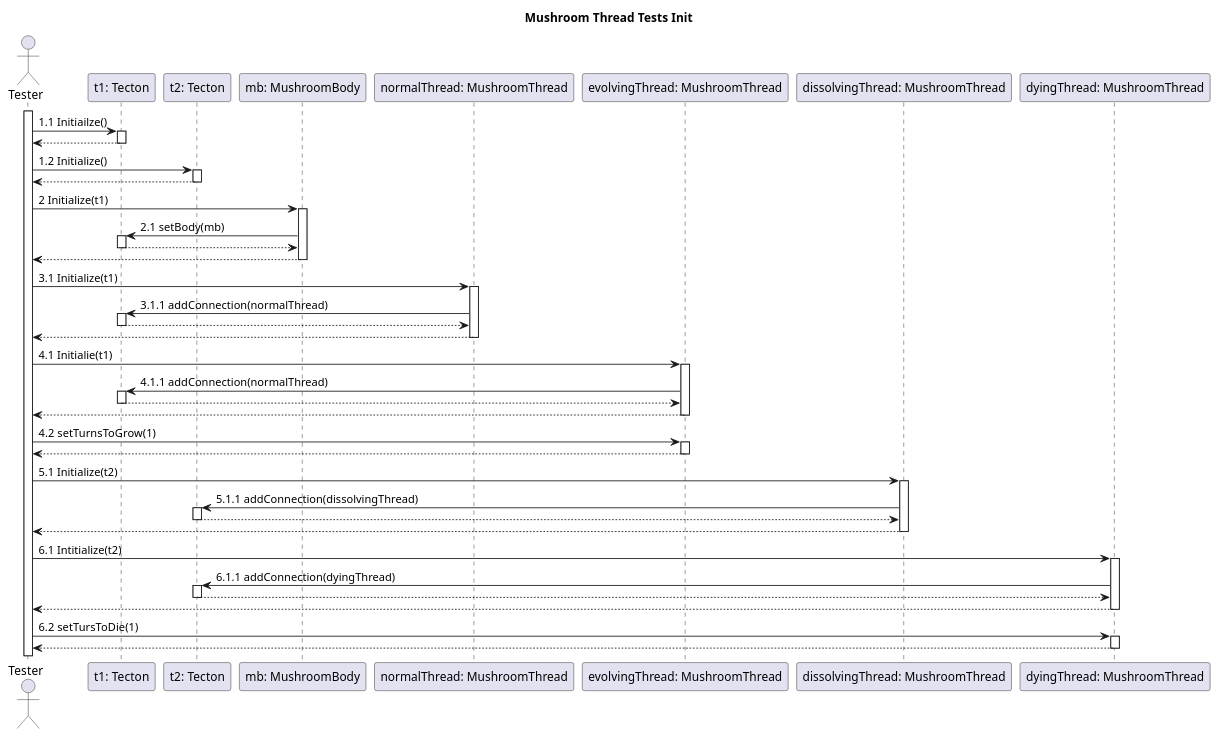
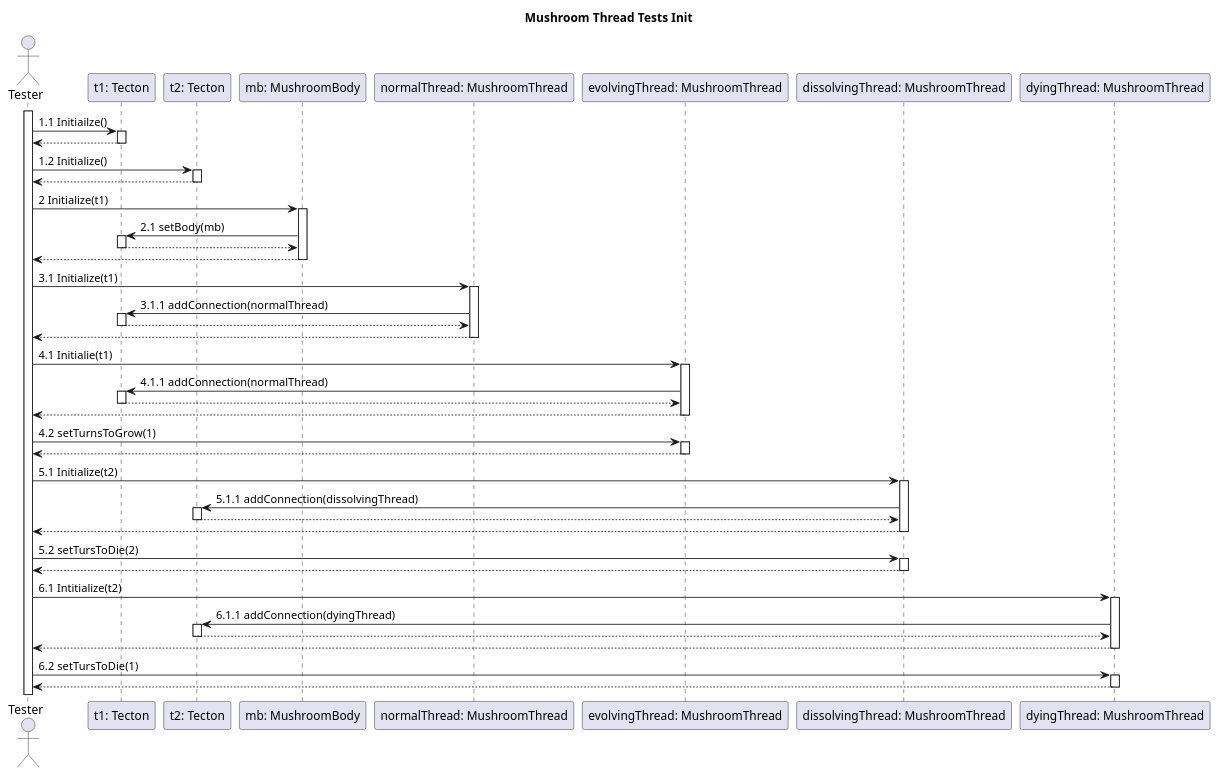
Before and after one commit to dzsem/projlab: the diagram in diagrams/test-sequence/mushroom/communication-diagrams/mushroomThreadTestsInit.wsd, drawn with PlantUML. The commit also changed 1 other file, not shown here.

```diff
--- a/diagrams/test-sequence/mushroom/communication-diagrams/mushroomThreadTestsInit.wsd
+++ b/diagrams/test-sequence/mushroom/communication-diagrams/mushroomThreadTestsInit.wsd
@@ -1,87 +1,92 @@
 @startuml MushroomThread Init
 
 title Mushroom Thread Tests Init
 
 actor "Tester" as tester
 
 participant "t1: Tecton" as t1
 participant "t2: Tecton" as t2
 
 participant "mb: MushroomBody" as mb
 
 participant "normalThread: MushroomThread" as nmt
 participant "evolvingThread: MushroomThread" as emt
 participant "dissolvingThread: MushroomThread" as dimt
 participant "dyingThread: MushroomThread" as dymt
 
 'Initializing tectons
 activate tester
 tester -> t1: 1.1 Initiailze()
 activate t1
 t1 --> tester
 deactivate t1
 
 tester -> t2: 1.2 Initialize()
 activate t2
 t2 --> tester
 deactivate t2
 
 
 'Initializing mushroombody
 tester -> mb: 2 Initialize(t1)
 activate mb
 mb -> t1: 2.1 setBody(mb)
 activate t1
 t1 --> mb
 deactivate t1
 mb --> tester
 deactivate mb
 
 'Initializing threads
 tester -> nmt: 3.1 Initialize(t1)
 activate nmt
 nmt -> t1: 3.1.1 addConnection(normalThread)
 activate t1
 t1 --> nmt
 deactivate t1
 nmt --> tester
 deactivate nmt
 
 tester -> emt: 4.1 Initialie(t1)
 activate emt
 emt -> t1: 4.1.1 addConnection(normalThread)
 activate t1
 t1 --> emt
 deactivate t1
 emt --> tester
 deactivate emt
 
 tester -> emt: 4.2 setTurnsToGrow(1)
 activate emt
 emt --> tester
 deactivate emt
 
 tester -> dimt: 5.1 Initialize(t2)
 activate dimt
 dimt -> t2: 5.1.1 addConnection(dissolvingThread)
 activate t2
 t2 --> dimt
 deactivate t2
 dimt --> tester
 deactivate dimt
 
+tester -> dimt: 5.2 setTursToDie(2)
+activate dimt
+dimt --> tester
+deactivate dimt
+
 tester -> dymt: 6.1 Intitialize(t2)
 activate dymt
 dymt -> t2: 6.1.1 addConnection(dyingThread)
 activate t2
 t2 --> dymt
 deactivate t2
 dymt --> tester
 deactivate dymt
 
 tester -> dymt: 6.2 setTursToDie(1)
 activate dymt
 dymt --> tester
 deactivate dymt
 
 @enduml
```
